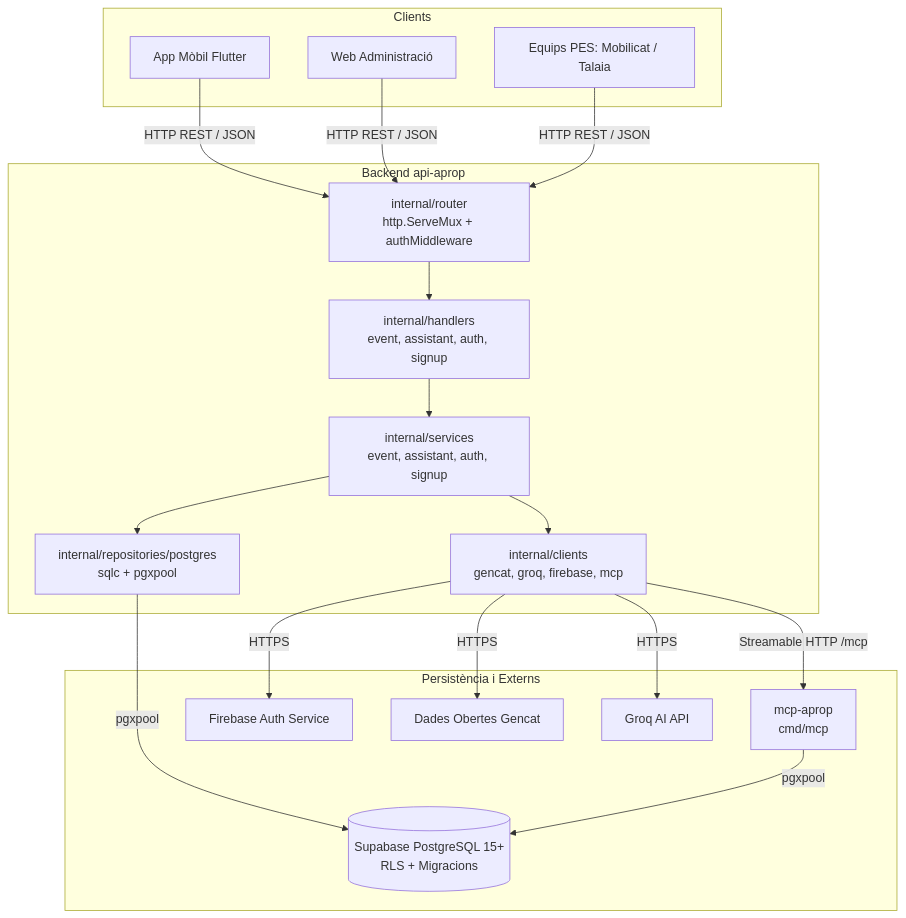
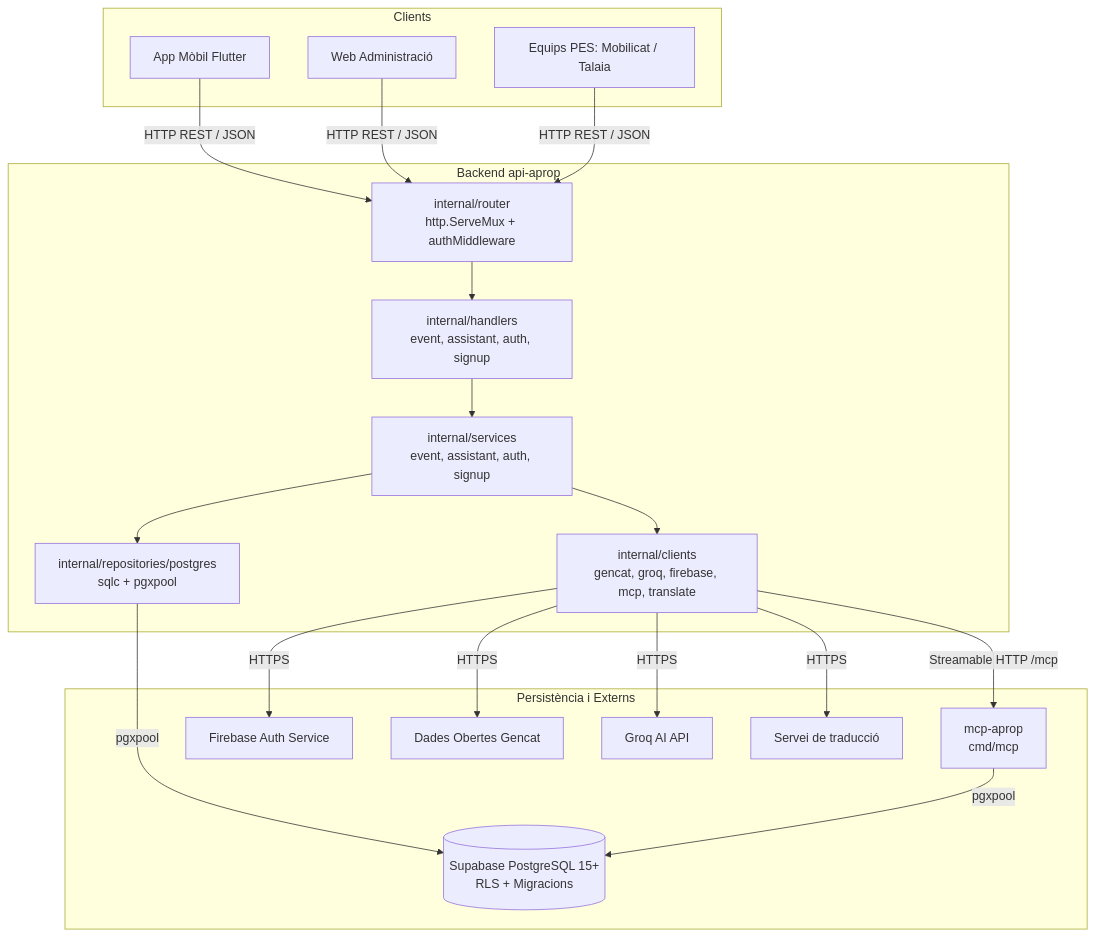
One commit to pes2627q1-22-gei-upc/api-aprop changed the diagram in docs/architecture.md. Above: the diagram before and after it, drawn with Mermaid. The commit also changed other lines of this file and 33 other files, not shown here.

````diff
--- a/docs/architecture.md
+++ b/docs/architecture.md
@@ -14,40 +14,42 @@
 ```mermaid
 flowchart TD
   subgraph Clients
     APP[App Mòbil Flutter]
     WEB[Web Administració]
     EXT[Equips PES: Mobilicat / Talaia]
   end
 
   subgraph api-aprop [Backend api-aprop]
     ROUTER[internal/router<br/>http.ServeMux + authMiddleware]
     HANDLERS[internal/handlers<br/>event, assistant, auth, signup]
     SERVICES[internal/services<br/>event, assistant, auth, signup]
     REPOS[internal/repositories/postgres<br/>sqlc + pgxpool]
-    CLIENTS[internal/clients<br/>gencat, groq, firebase, mcp]
+    CLIENTS[internal/clients<br/>gencat, groq, firebase, mcp, translate]
   end
 
   subgraph Persistència i Externs
     SUPABASE[(Supabase PostgreSQL 15+<br/>RLS + Migracions)]
     FIREBASE[Firebase Auth Service]
     GENCAT[Dades Obertes Gencat]
     GROQ[Groq AI API]
+    TRANSLATOR[Servei de traducció]
     MCP[mcp-aprop<br/>cmd/mcp]
   end
 
   APP -->|HTTP REST / JSON| ROUTER
   WEB -->|HTTP REST / JSON| ROUTER
   EXT -->|HTTP REST / JSON| ROUTER
 
   ROUTER --> HANDLERS
   HANDLERS --> SERVICES
   SERVICES --> REPOS
   SERVICES --> CLIENTS
 
   REPOS -->|pgxpool| SUPABASE
   CLIENTS -->|HTTPS| FIREBASE
   CLIENTS -->|HTTPS| GENCAT
   CLIENTS -->|HTTPS| GROQ
+  CLIENTS -->|HTTPS| TRANSLATOR
   CLIENTS -->|Streamable HTTP /mcp| MCP
   MCP -->|pgxpool| SUPABASE
 ```
````
